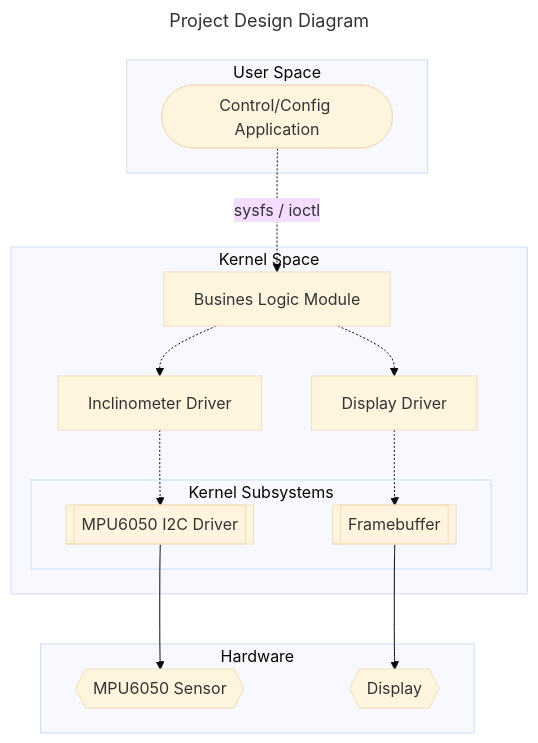
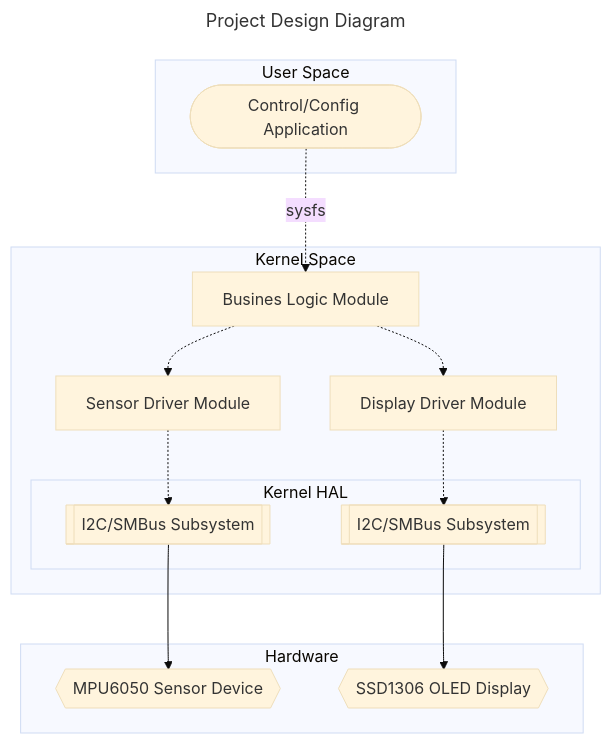
One commit to deesync/gl_kernel_Basecamp_Project changed the first of 2 diagrams in README.md. Above: the diagram before and after it, drawn with Mermaid (base theme). The commit also changed other lines of this file, not shown here.

````diff
--- a/README.md
+++ b/README.md
@@ -5,31 +24,31 @@
 ```mermaid
 ---
 title: Project Design Diagram
 ---
 flowchart
     subgraph hardware [Hardware]
-        sensor{{MPU6050 Sensor}}
-        display{{Display}}
+        sensor{{MPU6050 Sensor Device}}
+        display{{SSD1306 OLED Display}}
     end
 
     subgraph modules [Kernel Space]
         blm[Busines Logic Module]
-        sensor_driver[Inclinometer Driver]
-        display_driver[Display Driver]
+        sensor_driver[Sensor Driver Module]
+        display_driver[Display Driver Module]
         
-        subgraph kernel [Kernel Subsystems]
-            i2c[[MPU6050 I2C Driver]]
-            fb[[Framebuffer]]
+        subgraph kernel [Kernel HAL]
+            i2c-1[[I2C/SMBus Subsystem]]
+            i2c-2[[I2C/SMBus Subsystem]]
         end
     end
 
     subgraph uspace [User Space]
         control([Control/Config Application])
     end
 
 
-control -. sysfs / ioctl .-> blm
+control -. sysfs .-> blm
 
-blm -.-> sensor_driver -.-> i2c --> sensor
-blm -.-> display_driver -.-> fb --> display
+blm -.-> sensor_driver -.-> i2c-1 --> sensor
+blm -.-> display_driver -.-> i2c-2 --> display
 ```
````
